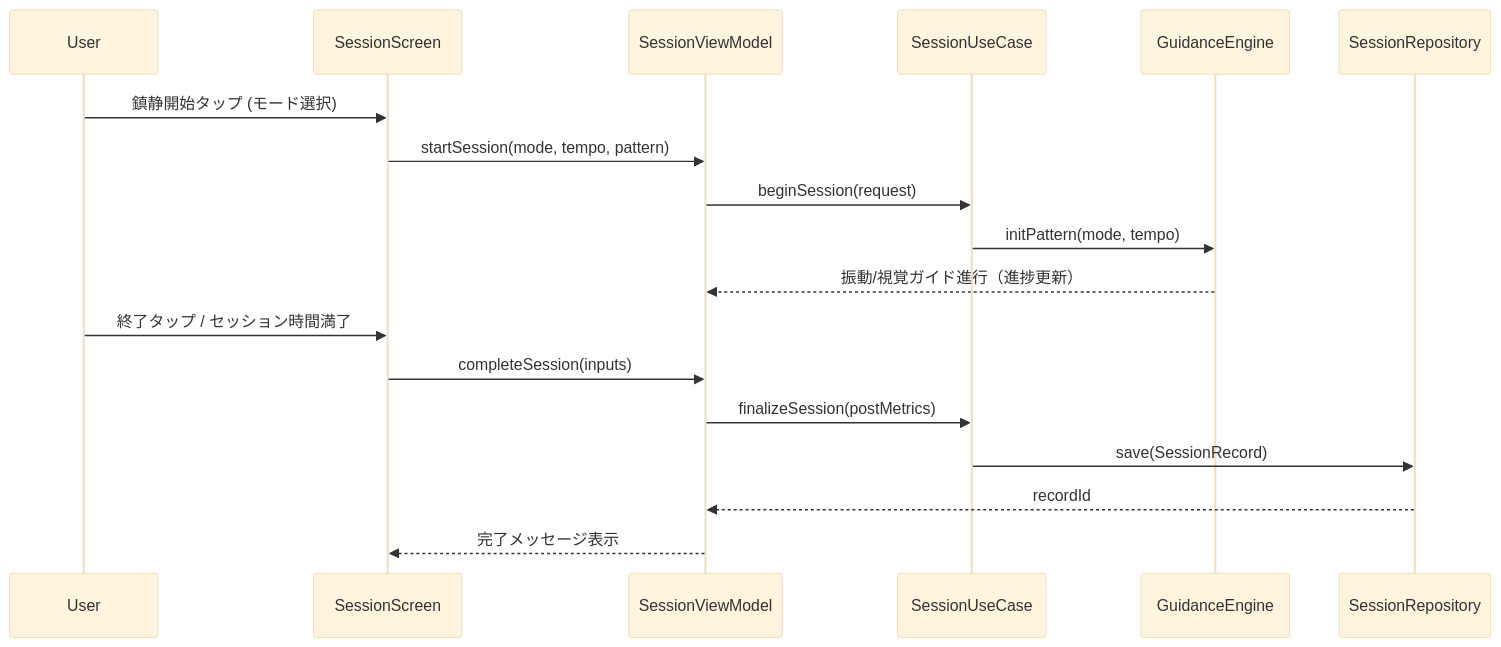
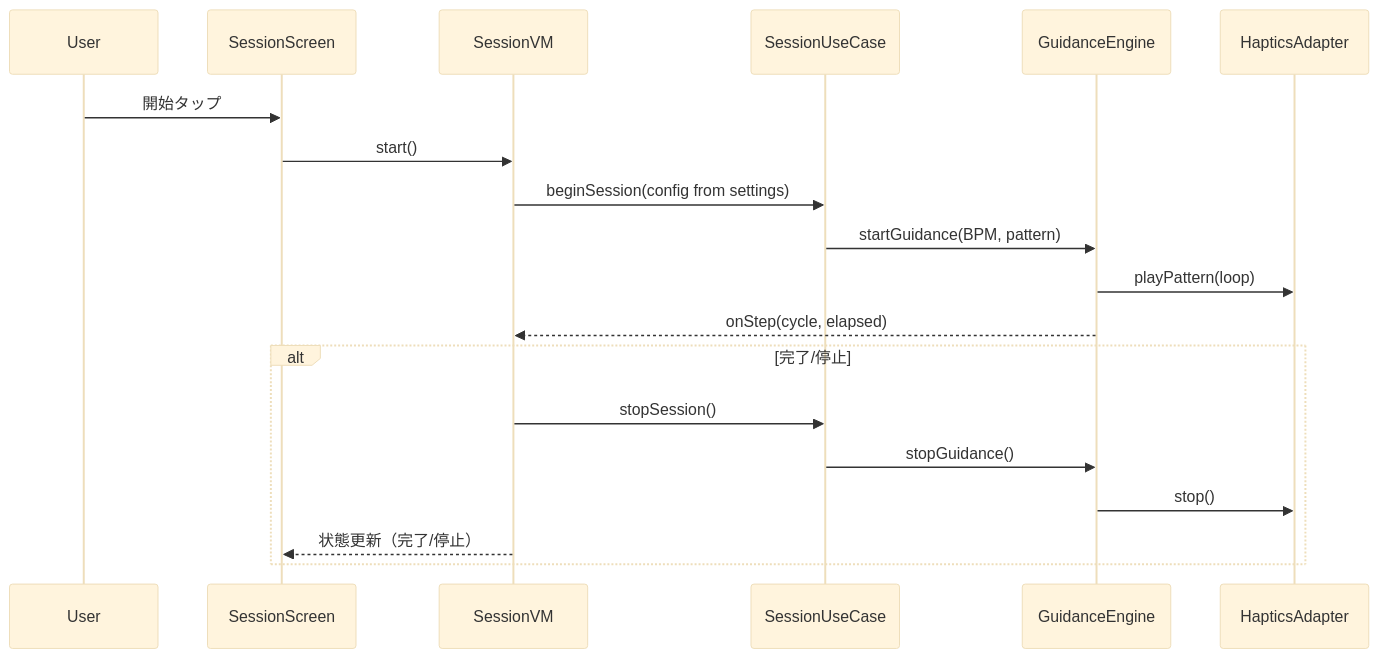
Before and after one commit to n4cl/CalmVibe: the second of 2 diagrams in .kiro/specs/calm-heart-rate-app/design.md, drawn with Mermaid (base theme). The commit also changed other lines of this file and 3 other files, not shown here.

````diff
--- a/.kiro/specs/calm-heart-rate-app/design.md
+++ b/.kiro/specs/calm-heart-rate-app/design.md
@@ -44,21 +45,22 @@
 ```mermaid
 sequenceDiagram
-    participant User
-    participant UI as SessionScreen
-    participant VM as SessionViewModel
-    participant UC as SessionUseCase
-    participant GE as GuidanceEngine
-    participant SR as SessionRepository
+  participant User
+  participant UI as SessionScreen
+  participant VM as SessionVM
+  participant UC as SessionUseCase
+  participant GE as GuidanceEngine
+  participant HA as HapticsAdapter
 
-    User->>UI: 鎮静開始タップ (モード選択)
-    UI->>VM: startSession(mode, tempo, pattern)
-    VM->>UC: beginSession(request)
-    UC->>GE: initPattern(mode, tempo)
-    GE-->>VM: 振動/視覚ガイド進行（進捗更新）
-    User->>UI: 終了タップ / セッション時間満了
-    UI->>VM: completeSession(inputs)
-    VM->>UC: finalizeSession(postMetrics)
-    UC->>SR: save(SessionRecord)
-    SR-->>VM: recordId
-    VM-->>UI: 完了メッセージ表示
+  User->>UI: 開始タップ
+  UI->>VM: start()
+  VM->>UC: beginSession(config from settings)
+  UC->>GE: startGuidance(BPM, pattern)
+  GE->>HA: playPattern(loop)
+  GE-->>VM: onStep(cycle, elapsed)
+  alt 完了/停止
+    VM->>UC: stopSession()
+    UC->>GE: stopGuidance()
+    GE->>HA: stop()
+    VM-->>UI: 状態更新（完了/停止）
+  end
 ```
````
